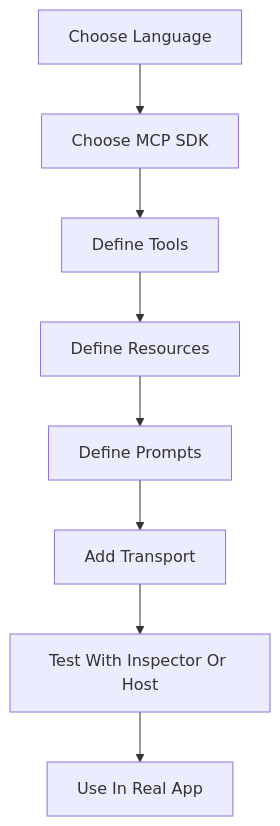
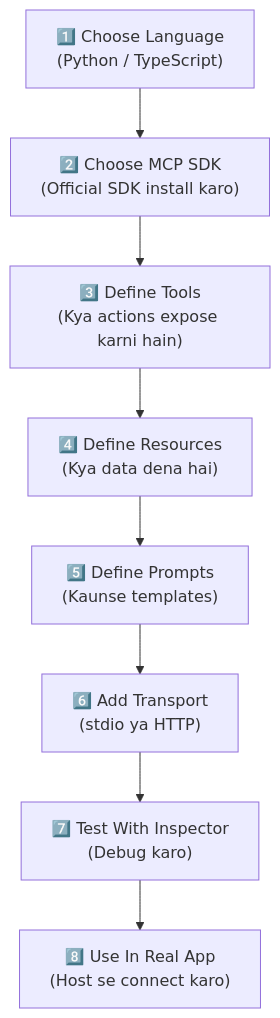
Before and after one commit to Sameer-Malik20/SusaGPT-Build-LLM-From-Scratch-With-Hinglish-Learning-Material: the ninth of 14 diagrams in docs/ai/MCP_Guide.md, drawn with Mermaid. The commit also changed other lines of this file and 10 other files, not shown here.

````diff
--- a/docs/ai/MCP_Guide.md
+++ b/docs/ai/MCP_Guide.md
@@ -288,10 +460,10 @@
 ```mermaid
 flowchart TD
-    A[Choose Language] --> B[Choose MCP SDK]
-    B --> C[Define Tools]
-    C --> D[Define Resources]
-    D --> E[Define Prompts]
-    E --> F[Add Transport]
-    F --> G[Test With Inspector Or Host]
-    G --> H[Use In Real App]
+    A["1️⃣ Choose Language\n(Python / TypeScript)"] --> B["2️⃣ Choose MCP SDK\n(Official SDK install karo)"]
+    B --> C["3️⃣ Define Tools\n(Kya actions expose karni hain)"]
+    C --> D["4️⃣ Define Resources\n(Kya data dena hai)"]
+    D --> E["5️⃣ Define Prompts\n(Kaunse templates)"]
+    E --> F["6️⃣ Add Transport\n(stdio ya HTTP)"]
+    F --> G["7️⃣ Test With Inspector\n(Debug karo)"]
+    G --> H["8️⃣ Use In Real App\n(Host se connect karo)"]
 ```
````
